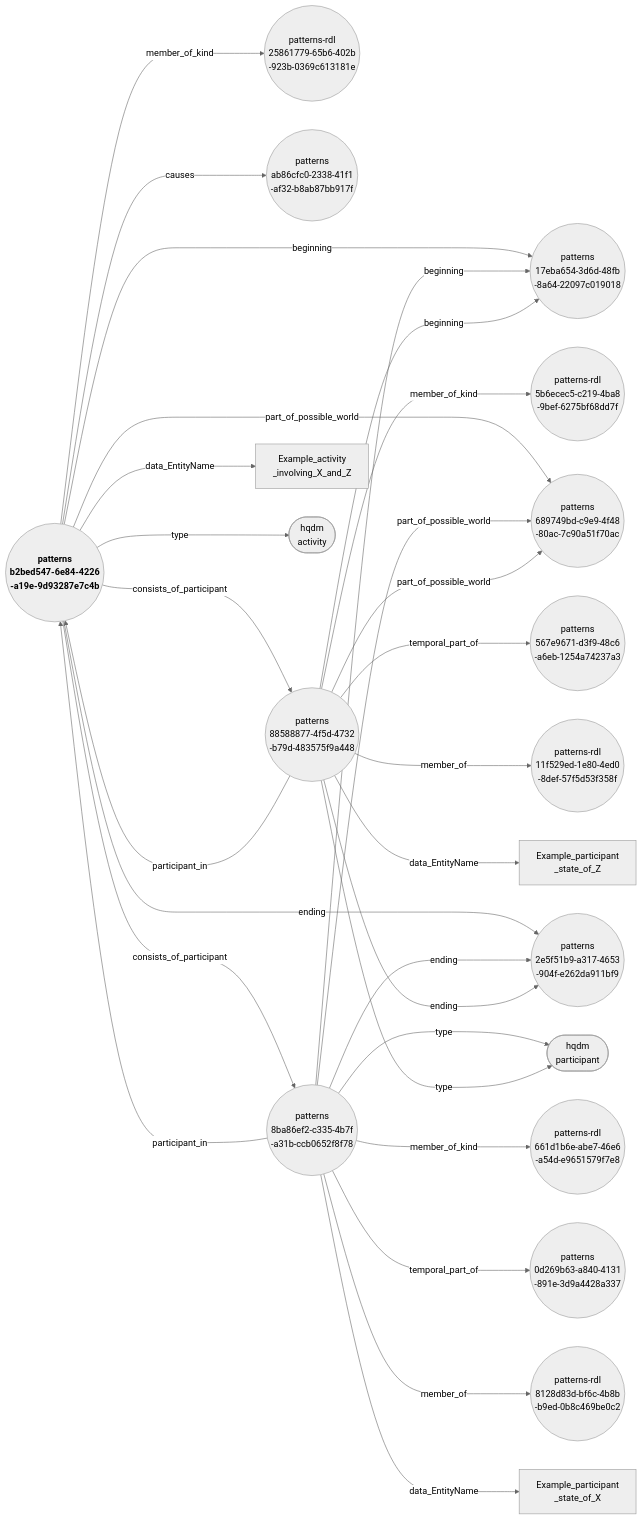
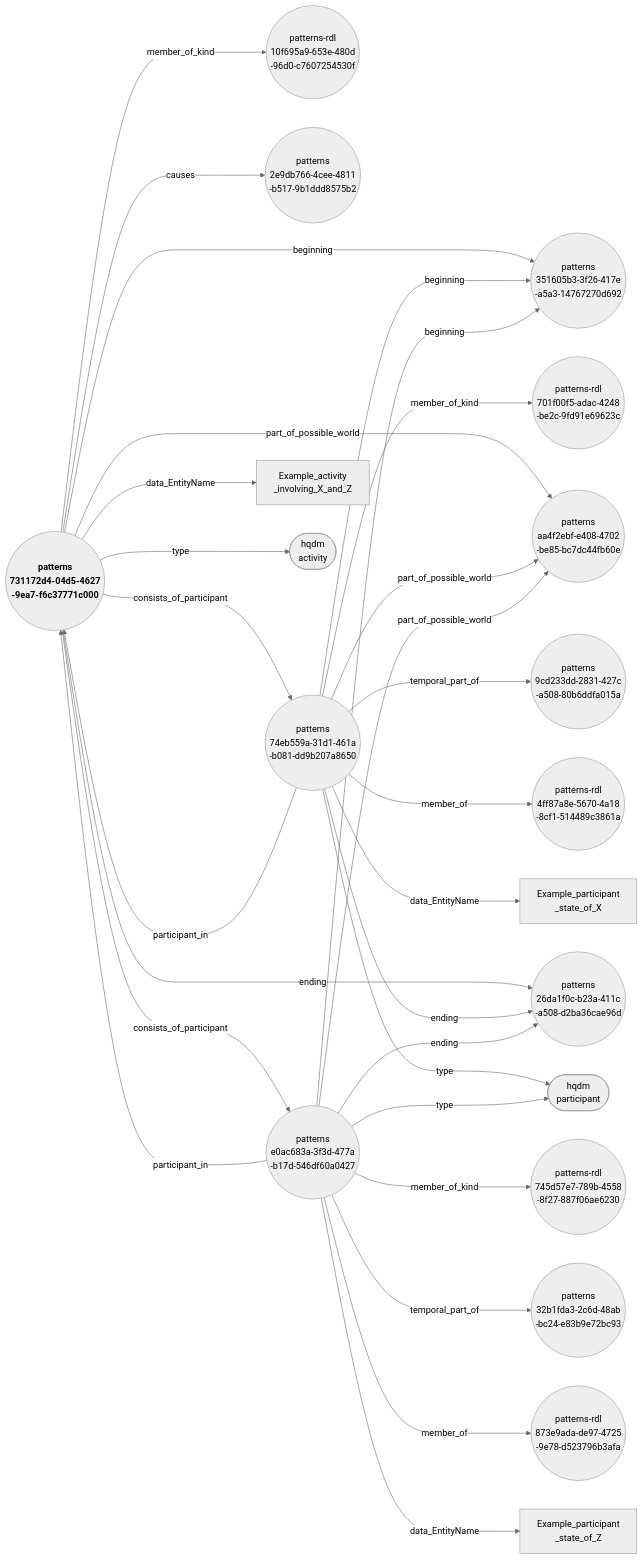
Before and after one commit to ClimbingAl/HqdmPatterns: the diagram in docs/extras/example-files/genericActivityAndParticipantsNodeEdgeGraph.mermaid, drawn with Mermaid (neutral theme). The commit also changed 56 other files, not shown here.

````diff
--- a/docs/extras/example-files/genericActivityAndParticipantsNodeEdgeGraph.mermaid
+++ b/docs/extras/example-files/genericActivityAndParticipantsNodeEdgeGraph.mermaid
@@ -1,30 +1,30 @@
 ``` mermaid
 graph LR
-  b2bed547-6e84-4226-a19e-9d93287e7c4b(("<b> patterns <br> b2bed547-6e84-4226 <br> -a19e-9d93287e7c4b"))--->|"beginning"|17eba654-3d6d-48fb-8a64-22097c019018(("patterns <br> 17eba654-3d6d-48fb <br> -8a64-22097c019018"));
-  b2bed547-6e84-4226-a19e-9d93287e7c4b(("<b> patterns <br> b2bed547-6e84-4226 <br> -a19e-9d93287e7c4b"))--->|"member_of_kind"|25861779-65b6-402b-923b-0369c613181e(("patterns-rdl <br> 25861779-65b6-402b <br> -923b-0369c613181e"));
-  b2bed547-6e84-4226-a19e-9d93287e7c4b(("<b> patterns <br> b2bed547-6e84-4226 <br> -a19e-9d93287e7c4b"))--->|"causes"|ab86cfc0-2338-41f1-af32-b8ab87bb917f(("patterns <br> ab86cfc0-2338-41f1 <br> -af32-b8ab87bb917f"));
-  b2bed547-6e84-4226-a19e-9d93287e7c4b(("<b> patterns <br> b2bed547-6e84-4226 <br> -a19e-9d93287e7c4b"))--->|"consists_of_participant"|88588877-4f5d-4732-b79d-483575f9a448(("patterns <br> 88588877-4f5d-4732 <br> -b79d-483575f9a448"));
-  b2bed547-6e84-4226-a19e-9d93287e7c4b(("<b> patterns <br> b2bed547-6e84-4226 <br> -a19e-9d93287e7c4b"))--->|"consists_of_participant"|8ba86ef2-c335-4b7f-a31b-ccb0652f8f78(("patterns <br> 8ba86ef2-c335-4b7f <br> -a31b-ccb0652f8f78"));
-  b2bed547-6e84-4226-a19e-9d93287e7c4b(("<b> patterns <br> b2bed547-6e84-4226 <br> -a19e-9d93287e7c4b"))--->|"part_of_possible_world"|689749bd-c9e9-4f48-80ac-7c90a51f70ac(("patterns <br> 689749bd-c9e9-4f48 <br> -80ac-7c90a51f70ac"));
-  b2bed547-6e84-4226-a19e-9d93287e7c4b(("<b> patterns <br> b2bed547-6e84-4226 <br> -a19e-9d93287e7c4b"))--->|"data_EntityName"|Example_activity_involving_X_and_Z["Example_activity <br> _involving_X_and_Z"];
-  b2bed547-6e84-4226-a19e-9d93287e7c4b(("<b> patterns <br> b2bed547-6e84-4226 <br> -a19e-9d93287e7c4b"))--->|"ending"|2e5f51b9-a317-4653-904f-e262da911bf9(("patterns <br> 2e5f51b9-a317-4653 <br> -904f-e262da911bf9"));
-  b2bed547-6e84-4226-a19e-9d93287e7c4b(("<b> patterns <br> b2bed547-6e84-4226 <br> -a19e-9d93287e7c4b"))--->|"type"|activity(["hqdm <br> activity"]);
-  8ba86ef2-c335-4b7f-a31b-ccb0652f8f78(("patterns <br> 8ba86ef2-c335-4b7f <br> -a31b-ccb0652f8f78"))--->|"beginning"|17eba654-3d6d-48fb-8a64-22097c019018(("patterns <br> 17eba654-3d6d-48fb <br> -8a64-22097c019018"));
-  8ba86ef2-c335-4b7f-a31b-ccb0652f8f78(("patterns <br> 8ba86ef2-c335-4b7f <br> -a31b-ccb0652f8f78"))--->|"member_of_kind"|661d1b6e-abe7-46e6-a54d-e9651579f7e8(("patterns-rdl <br> 661d1b6e-abe7-46e6 <br> -a54d-e9651579f7e8"));
-  8ba86ef2-c335-4b7f-a31b-ccb0652f8f78(("patterns <br> 8ba86ef2-c335-4b7f <br> -a31b-ccb0652f8f78"))--->|"part_of_possible_world"|689749bd-c9e9-4f48-80ac-7c90a51f70ac(("patterns <br> 689749bd-c9e9-4f48 <br> -80ac-7c90a51f70ac"));
-  8ba86ef2-c335-4b7f-a31b-ccb0652f8f78(("patterns <br> 8ba86ef2-c335-4b7f <br> -a31b-ccb0652f8f78"))--->|"participant_in"|b2bed547-6e84-4226-a19e-9d93287e7c4b(("<b> patterns <br> b2bed547-6e84-4226 <br> -a19e-9d93287e7c4b"));
-  8ba86ef2-c335-4b7f-a31b-ccb0652f8f78(("patterns <br> 8ba86ef2-c335-4b7f <br> -a31b-ccb0652f8f78"))--->|"temporal_part_of"|0d269b63-a840-4131-891e-3d9a4428a337(("patterns <br> 0d269b63-a840-4131 <br> -891e-3d9a4428a337"));
-  8ba86ef2-c335-4b7f-a31b-ccb0652f8f78(("patterns <br> 8ba86ef2-c335-4b7f <br> -a31b-ccb0652f8f78"))--->|"member_of"|8128d83d-bf6c-4b8b-b9ed-0b8c469be0c2(("patterns-rdl <br> 8128d83d-bf6c-4b8b <br> -b9ed-0b8c469be0c2"));
-  8ba86ef2-c335-4b7f-a31b-ccb0652f8f78(("patterns <br> 8ba86ef2-c335-4b7f <br> -a31b-ccb0652f8f78"))--->|"data_EntityName"|Example_participant_state_of_X["Example_participant <br> _state_of_X"];
-  8ba86ef2-c335-4b7f-a31b-ccb0652f8f78(("patterns <br> 8ba86ef2-c335-4b7f <br> -a31b-ccb0652f8f78"))--->|"ending"|2e5f51b9-a317-4653-904f-e262da911bf9(("patterns <br> 2e5f51b9-a317-4653 <br> -904f-e262da911bf9"));
-  8ba86ef2-c335-4b7f-a31b-ccb0652f8f78(("patterns <br> 8ba86ef2-c335-4b7f <br> -a31b-ccb0652f8f78"))--->|"type"|participant(["hqdm <br> participant"]);
-  88588877-4f5d-4732-b79d-483575f9a448(("patterns <br> 88588877-4f5d-4732 <br> -b79d-483575f9a448"))--->|"beginning"|17eba654-3d6d-48fb-8a64-22097c019018(("patterns <br> 17eba654-3d6d-48fb <br> -8a64-22097c019018"));
-  88588877-4f5d-4732-b79d-483575f9a448(("patterns <br> 88588877-4f5d-4732 <br> -b79d-483575f9a448"))--->|"member_of_kind"|5b6ecec5-c219-4ba8-9bef-6275bf68dd7f(("patterns-rdl <br> 5b6ecec5-c219-4ba8 <br> -9bef-6275bf68dd7f"));
-  88588877-4f5d-4732-b79d-483575f9a448(("patterns <br> 88588877-4f5d-4732 <br> -b79d-483575f9a448"))--->|"part_of_possible_world"|689749bd-c9e9-4f48-80ac-7c90a51f70ac(("patterns <br> 689749bd-c9e9-4f48 <br> -80ac-7c90a51f70ac"));
-  88588877-4f5d-4732-b79d-483575f9a448(("patterns <br> 88588877-4f5d-4732 <br> -b79d-483575f9a448"))--->|"participant_in"|b2bed547-6e84-4226-a19e-9d93287e7c4b(("<b> patterns <br> b2bed547-6e84-4226 <br> -a19e-9d93287e7c4b"));
-  88588877-4f5d-4732-b79d-483575f9a448(("patterns <br> 88588877-4f5d-4732 <br> -b79d-483575f9a448"))--->|"temporal_part_of"|567e9671-d3f9-48c6-a6eb-1254a74237a3(("patterns <br> 567e9671-d3f9-48c6 <br> -a6eb-1254a74237a3"));
-  88588877-4f5d-4732-b79d-483575f9a448(("patterns <br> 88588877-4f5d-4732 <br> -b79d-483575f9a448"))--->|"member_of"|11f529ed-1e80-4ed0-8def-57f5d53f358f(("patterns-rdl <br> 11f529ed-1e80-4ed0 <br> -8def-57f5d53f358f"));
-  88588877-4f5d-4732-b79d-483575f9a448(("patterns <br> 88588877-4f5d-4732 <br> -b79d-483575f9a448"))--->|"data_EntityName"|Example_participant_state_of_Z["Example_participant <br> _state_of_Z"];
-  88588877-4f5d-4732-b79d-483575f9a448(("patterns <br> 88588877-4f5d-4732 <br> -b79d-483575f9a448"))--->|"ending"|2e5f51b9-a317-4653-904f-e262da911bf9(("patterns <br> 2e5f51b9-a317-4653 <br> -904f-e262da911bf9"));
-  88588877-4f5d-4732-b79d-483575f9a448(("patterns <br> 88588877-4f5d-4732 <br> -b79d-483575f9a448"))--->|"type"|participant(["hqdm <br> participant"]);
+  731172d4-04d5-4627-9ea7-f6c37771c000(("<b> patterns <br> 731172d4-04d5-4627 <br> -9ea7-f6c37771c000"))--->|"beginning"|351605b3-3f26-417e-a5a3-14767270d692(("patterns <br> 351605b3-3f26-417e <br> -a5a3-14767270d692"));
+  731172d4-04d5-4627-9ea7-f6c37771c000(("<b> patterns <br> 731172d4-04d5-4627 <br> -9ea7-f6c37771c000"))--->|"member_of_kind"|10f695a9-653e-480d-96d0-c7607254530f(("patterns-rdl <br> 10f695a9-653e-480d <br> -96d0-c7607254530f"));
+  731172d4-04d5-4627-9ea7-f6c37771c000(("<b> patterns <br> 731172d4-04d5-4627 <br> -9ea7-f6c37771c000"))--->|"causes"|2e9db766-4cee-4811-b517-9b1ddd8575b2(("patterns <br> 2e9db766-4cee-4811 <br> -b517-9b1ddd8575b2"));
+  731172d4-04d5-4627-9ea7-f6c37771c000(("<b> patterns <br> 731172d4-04d5-4627 <br> -9ea7-f6c37771c000"))--->|"consists_of_participant"|74eb559a-31d1-461a-b081-dd9b207a8650(("patterns <br> 74eb559a-31d1-461a <br> -b081-dd9b207a8650"));
+  731172d4-04d5-4627-9ea7-f6c37771c000(("<b> patterns <br> 731172d4-04d5-4627 <br> -9ea7-f6c37771c000"))--->|"consists_of_participant"|e0ac683a-3f3d-477a-b17d-546df60a0427(("patterns <br> e0ac683a-3f3d-477a <br> -b17d-546df60a0427"));
+  731172d4-04d5-4627-9ea7-f6c37771c000(("<b> patterns <br> 731172d4-04d5-4627 <br> -9ea7-f6c37771c000"))--->|"part_of_possible_world"|aa4f2ebf-e408-4702-be85-bc7dc44fb60e(("patterns <br> aa4f2ebf-e408-4702 <br> -be85-bc7dc44fb60e"));
+  731172d4-04d5-4627-9ea7-f6c37771c000(("<b> patterns <br> 731172d4-04d5-4627 <br> -9ea7-f6c37771c000"))--->|"data_EntityName"|Example_activity_involving_X_and_Z["Example_activity <br> _involving_X_and_Z"];
+  731172d4-04d5-4627-9ea7-f6c37771c000(("<b> patterns <br> 731172d4-04d5-4627 <br> -9ea7-f6c37771c000"))--->|"ending"|26da1f0c-b23a-411c-a508-d2ba36cae96d(("patterns <br> 26da1f0c-b23a-411c <br> -a508-d2ba36cae96d"));
+  731172d4-04d5-4627-9ea7-f6c37771c000(("<b> patterns <br> 731172d4-04d5-4627 <br> -9ea7-f6c37771c000"))--->|"type"|activity(["hqdm <br> activity"]);
+  74eb559a-31d1-461a-b081-dd9b207a8650(("patterns <br> 74eb559a-31d1-461a <br> -b081-dd9b207a8650"))--->|"beginning"|351605b3-3f26-417e-a5a3-14767270d692(("patterns <br> 351605b3-3f26-417e <br> -a5a3-14767270d692"));
+  74eb559a-31d1-461a-b081-dd9b207a8650(("patterns <br> 74eb559a-31d1-461a <br> -b081-dd9b207a8650"))--->|"member_of_kind"|701f00f5-adac-4248-be2c-9fd91e69623c(("patterns-rdl <br> 701f00f5-adac-4248 <br> -be2c-9fd91e69623c"));
+  74eb559a-31d1-461a-b081-dd9b207a8650(("patterns <br> 74eb559a-31d1-461a <br> -b081-dd9b207a8650"))--->|"part_of_possible_world"|aa4f2ebf-e408-4702-be85-bc7dc44fb60e(("patterns <br> aa4f2ebf-e408-4702 <br> -be85-bc7dc44fb60e"));
+  74eb559a-31d1-461a-b081-dd9b207a8650(("patterns <br> 74eb559a-31d1-461a <br> -b081-dd9b207a8650"))--->|"participant_in"|731172d4-04d5-4627-9ea7-f6c37771c000(("<b> patterns <br> 731172d4-04d5-4627 <br> -9ea7-f6c37771c000"));
+  74eb559a-31d1-461a-b081-dd9b207a8650(("patterns <br> 74eb559a-31d1-461a <br> -b081-dd9b207a8650"))--->|"temporal_part_of"|9cd233dd-2831-427c-a508-80b6ddfa015a(("patterns <br> 9cd233dd-2831-427c <br> -a508-80b6ddfa015a"));
+  74eb559a-31d1-461a-b081-dd9b207a8650(("patterns <br> 74eb559a-31d1-461a <br> -b081-dd9b207a8650"))--->|"member_of"|4ff87a8e-5670-4a18-8cf1-514489c3861a(("patterns-rdl <br> 4ff87a8e-5670-4a18 <br> -8cf1-514489c3861a"));
+  74eb559a-31d1-461a-b081-dd9b207a8650(("patterns <br> 74eb559a-31d1-461a <br> -b081-dd9b207a8650"))--->|"data_EntityName"|Example_participant_state_of_X["Example_participant <br> _state_of_X"];
+  74eb559a-31d1-461a-b081-dd9b207a8650(("patterns <br> 74eb559a-31d1-461a <br> -b081-dd9b207a8650"))--->|"ending"|26da1f0c-b23a-411c-a508-d2ba36cae96d(("patterns <br> 26da1f0c-b23a-411c <br> -a508-d2ba36cae96d"));
+  74eb559a-31d1-461a-b081-dd9b207a8650(("patterns <br> 74eb559a-31d1-461a <br> -b081-dd9b207a8650"))--->|"type"|participant(["hqdm <br> participant"]);
+  e0ac683a-3f3d-477a-b17d-546df60a0427(("patterns <br> e0ac683a-3f3d-477a <br> -b17d-546df60a0427"))--->|"beginning"|351605b3-3f26-417e-a5a3-14767270d692(("patterns <br> 351605b3-3f26-417e <br> -a5a3-14767270d692"));
+  e0ac683a-3f3d-477a-b17d-546df60a0427(("patterns <br> e0ac683a-3f3d-477a <br> -b17d-546df60a0427"))--->|"member_of_kind"|745d57e7-789b-4558-8f27-887f06ae6230(("patterns-rdl <br> 745d57e7-789b-4558 <br> -8f27-887f06ae6230"));
+  e0ac683a-3f3d-477a-b17d-546df60a0427(("patterns <br> e0ac683a-3f3d-477a <br> -b17d-546df60a0427"))--->|"part_of_possible_world"|aa4f2ebf-e408-4702-be85-bc7dc44fb60e(("patterns <br> aa4f2ebf-e408-4702 <br> -be85-bc7dc44fb60e"));
+  e0ac683a-3f3d-477a-b17d-546df60a0427(("patterns <br> e0ac683a-3f3d-477a <br> -b17d-546df60a0427"))--->|"participant_in"|731172d4-04d5-4627-9ea7-f6c37771c000(("<b> patterns <br> 731172d4-04d5-4627 <br> -9ea7-f6c37771c000"));
+  e0ac683a-3f3d-477a-b17d-546df60a0427(("patterns <br> e0ac683a-3f3d-477a <br> -b17d-546df60a0427"))--->|"temporal_part_of"|32b1fda3-2c6d-48ab-bc24-e83b9e72bc93(("patterns <br> 32b1fda3-2c6d-48ab <br> -bc24-e83b9e72bc93"));
+  e0ac683a-3f3d-477a-b17d-546df60a0427(("patterns <br> e0ac683a-3f3d-477a <br> -b17d-546df60a0427"))--->|"member_of"|873e9ada-de97-4725-9e78-d523796b3afa(("patterns-rdl <br> 873e9ada-de97-4725 <br> -9e78-d523796b3afa"));
+  e0ac683a-3f3d-477a-b17d-546df60a0427(("patterns <br> e0ac683a-3f3d-477a <br> -b17d-546df60a0427"))--->|"data_EntityName"|Example_participant_state_of_Z["Example_participant <br> _state_of_Z"];
+  e0ac683a-3f3d-477a-b17d-546df60a0427(("patterns <br> e0ac683a-3f3d-477a <br> -b17d-546df60a0427"))--->|"ending"|26da1f0c-b23a-411c-a508-d2ba36cae96d(("patterns <br> 26da1f0c-b23a-411c <br> -a508-d2ba36cae96d"));
+  e0ac683a-3f3d-477a-b17d-546df60a0427(("patterns <br> e0ac683a-3f3d-477a <br> -b17d-546df60a0427"))--->|"type"|participant(["hqdm <br> participant"]);
 ```
````
